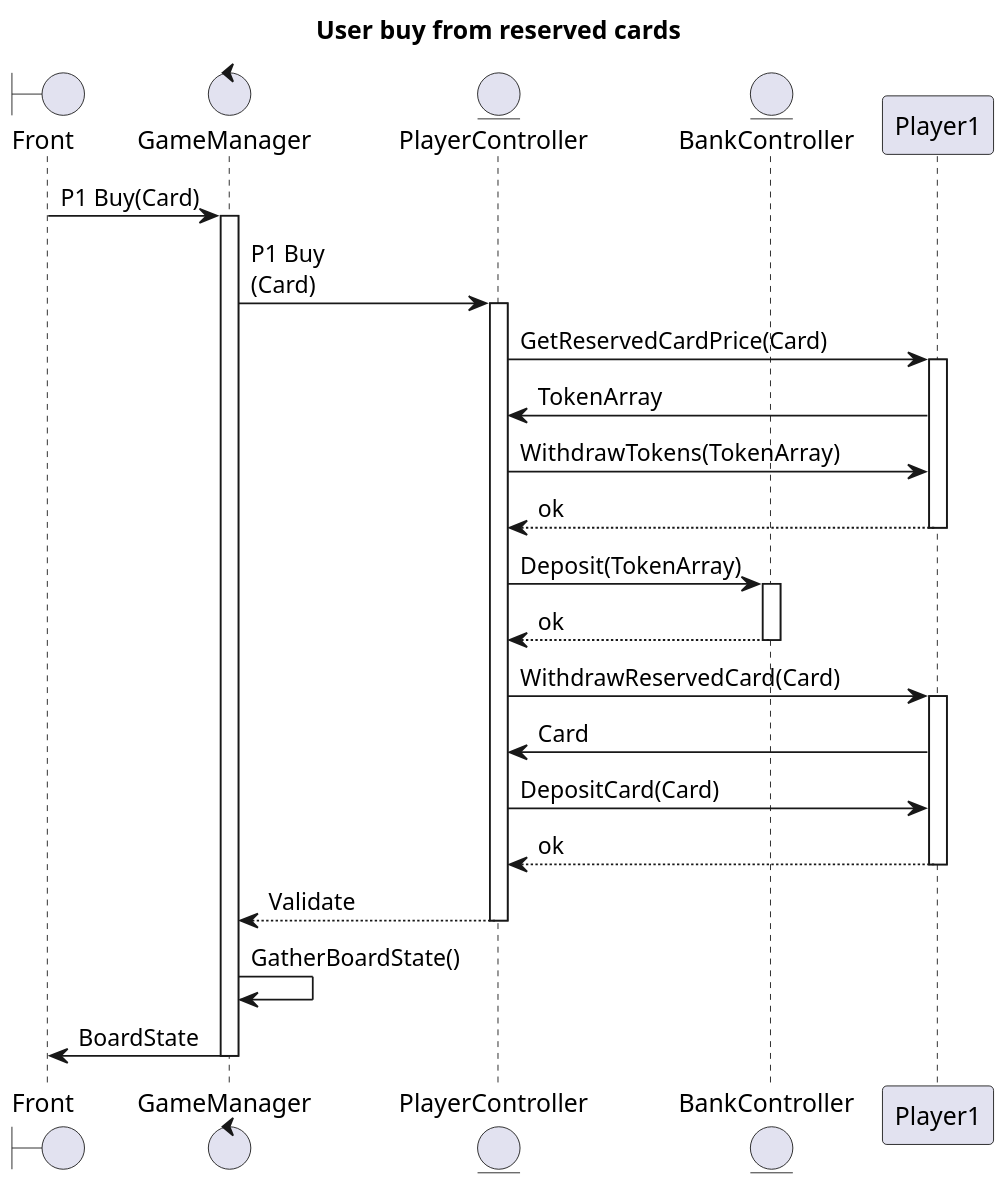
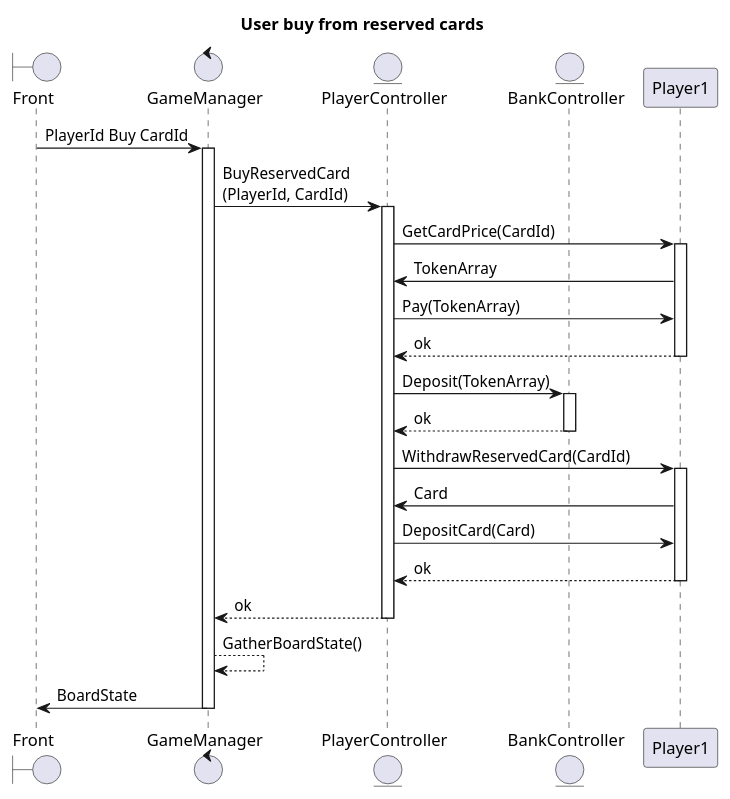
Before and after one commit to kalharko/splendia: the diagram in Technical Specifications/Sequence Diagrams/BuyFromReserved.puml, drawn with PlantUML. The commit also changed 4 other files, not shown here.

Commit message:
:construction: diagrams

```diff
--- a/Technical Specifications/Sequence Diagrams/BuyFromReserved.puml
+++ b/Technical Specifications/Sequence Diagrams/BuyFromReserved.puml
@@ -1,46 +1,46 @@
 @startuml Sequence Diagram
 title User buy from reserved cards
-scale 1.5
+scale 1
 
 boundary Front
 control GameManager
 entity PlayerController
 entity BankController
 
 
-Front -> GameManager : P1 Buy(Card)
+Front -> GameManager : PlayerId Buy CardId
 activate GameManager
 
-GameManager -> PlayerController : P1 Buy\n(Card)
+GameManager -> PlayerController : BuyReservedCard\n(PlayerId, CardId)
 activate PlayerController
 
-PlayerController -> Player1 : GetReservedCardPrice(Card)
+PlayerController -> Player1 : GetCardPrice(CardId)
 activate Player1
 PlayerController <- Player1 : TokenArray
-PlayerController -> Player1 : WithdrawTokens(TokenArray)
+PlayerController -> Player1 : Pay(TokenArray)
 PlayerController <-- Player1 : ok
 deactivate Player1
 
 PlayerController -> BankController : Deposit(TokenArray)
 activate BankController
 PlayerController <-- BankController : ok
 deactivate BankController
 
-PlayerController -> Player1 : WithdrawReservedCard(Card)
+PlayerController -> Player1 : WithdrawReservedCard(CardId)
 activate Player1
 PlayerController <- Player1 : Card
 PlayerController -> Player1 : DepositCard(Card)
 PlayerController <-- Player1 : ok
 deactivate Player1
 
 
 
 
-PlayerController --> GameManager : Validate
+PlayerController --> GameManager : ok
 deactivate PlayerController
-GameManager -> GameManager : GatherBoardState()
+GameManager --> GameManager : GatherBoardState()
 GameManager -> Front : BoardState
 deactivate GameManager
 
 
 @enduml
```
